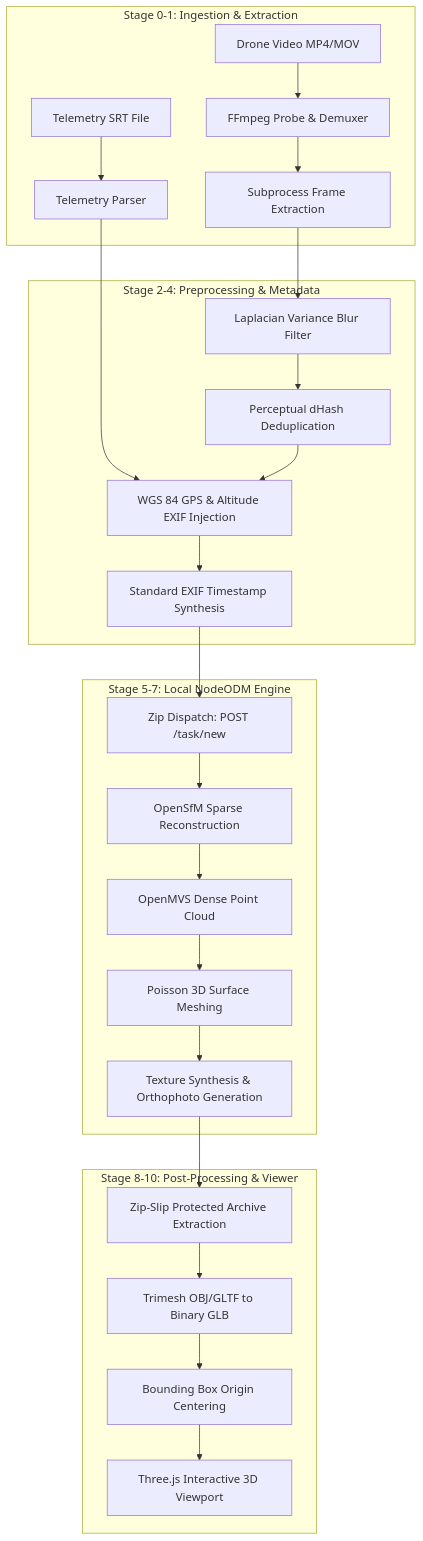
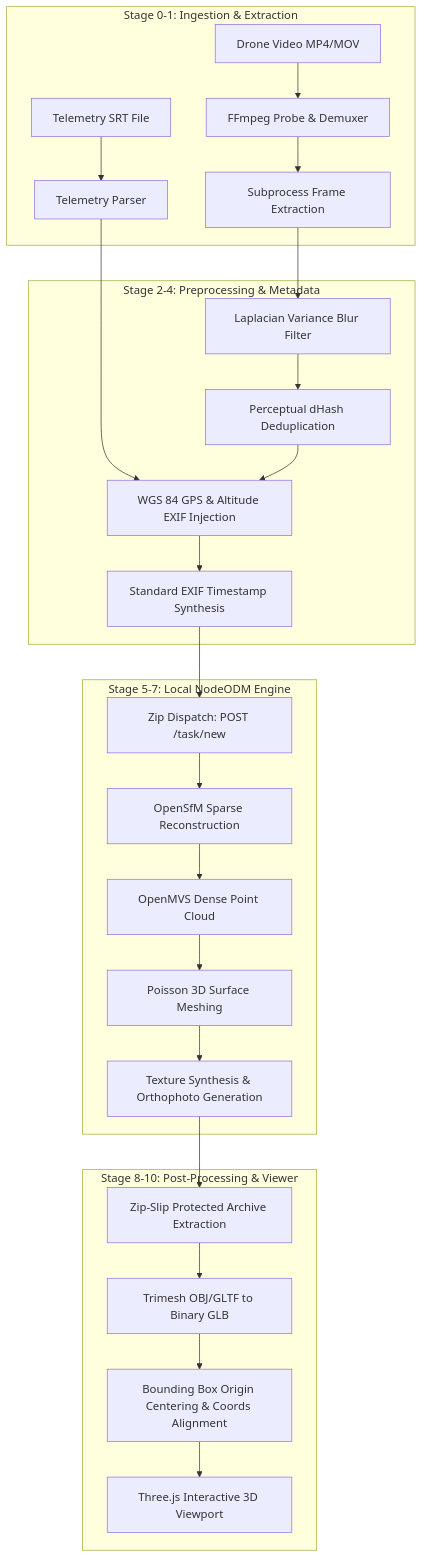
Before and after one commit to Atharv3142M/posEye: the diagram in README.md, drawn with Mermaid. The commit also changed other lines of this file and 18 other files, not shown here.

````diff
--- a/README.md
+++ b/README.md
@@ -29,30 +29,30 @@
 ```mermaid
 flowchart TD
     subgraph Ingestion ["Stage 0-1: Ingestion & Extraction"]
         A[Drone Video MP4/MOV] --> B[FFmpeg Probe & Demuxer]
         B --> C[Subprocess Frame Extraction]
         D[Telemetry SRT File] --> E[Telemetry Parser]
     end
 
     subgraph Preprocessing ["Stage 2-4: Preprocessing & Metadata"]
         C --> F[Laplacian Variance Blur Filter]
         F --> G[Perceptual dHash Deduplication]
         E & G --> H[WGS 84 GPS & Altitude EXIF Injection]
         H --> I[Standard EXIF Timestamp Synthesis]
     end
 
     subgraph Photogrammetry ["Stage 5-7: Local NodeODM Engine"]
         I --> J[Zip Dispatch: POST /task/new]
         J --> K[OpenSfM Sparse Reconstruction]
         K --> L[OpenMVS Dense Point Cloud]
         L --> M[Poisson 3D Surface Meshing]
         M --> N[Texture Synthesis & Orthophoto Generation]
     end
 
     subgraph Inspection ["Stage 8-10: Post-Processing & Viewer"]
         N --> O[Zip-Slip Protected Archive Extraction]
         O --> P[Trimesh OBJ/GLTF to Binary GLB]
-        P --> Q[Bounding Box Origin Centering]
+        P --> Q[Bounding Box Origin Centering & Coords Alignment]
         Q --> R[Three.js Interactive 3D Viewport]
     end
 ```
````
